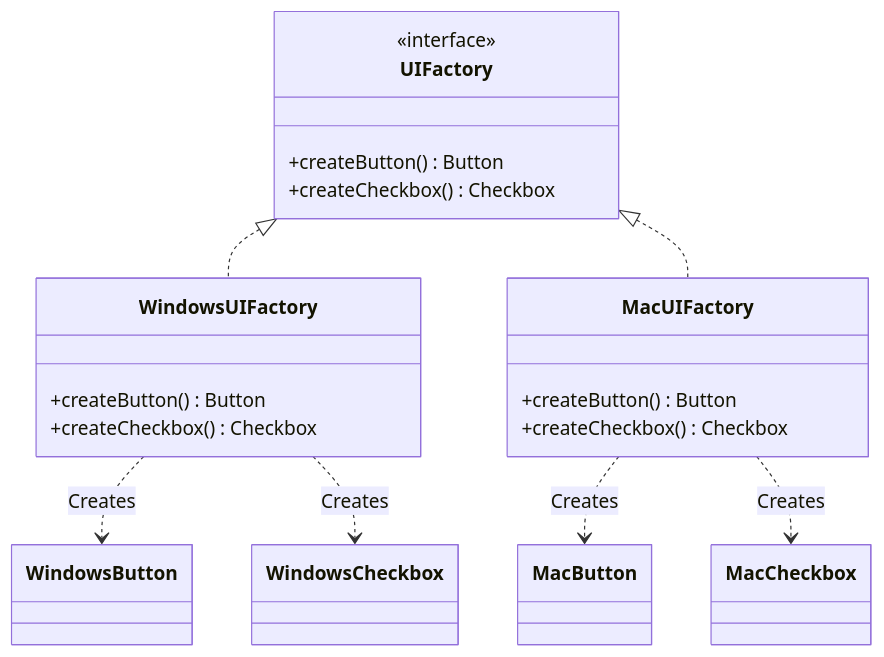
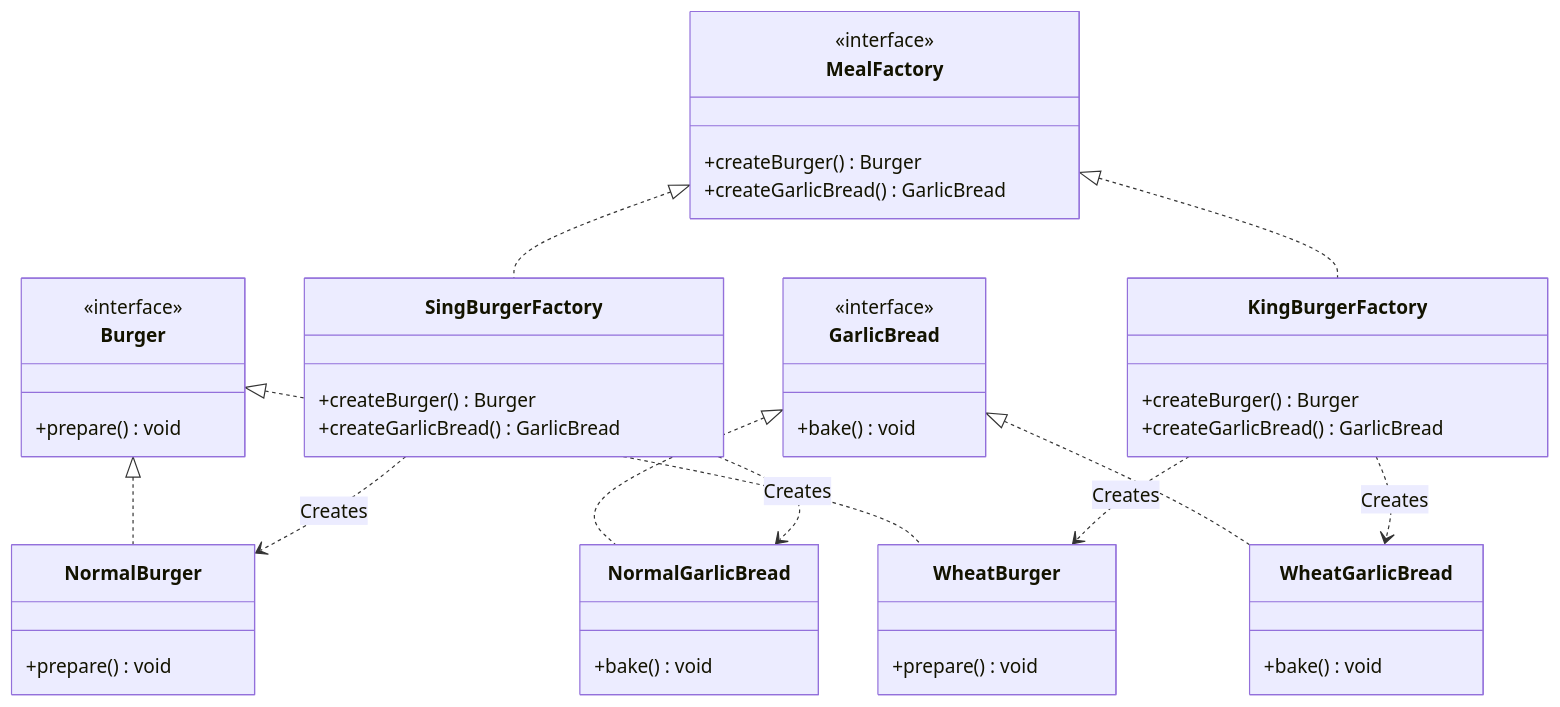
One commit to rohithgowda18/Notes changed the fourth of 5 diagrams in 04-OOPs-and-Design-Patterns/03-Design-Patterns/09-Factory-Design-Pattern.md. Above: the diagram before and after it, drawn with Mermaid. The commit also changed other lines of this file and 30 other files, not shown here.

````diff
--- a/04-OOPs-and-Design-Patterns/03-Design-Patterns/09-Factory-Design-Pattern.md
+++ b/04-OOPs-and-Design-Patterns/03-Design-Patterns/09-Factory-Design-Pattern.md
@@ -143,24 +192,45 @@
 ```mermaid
 classDiagram
-    class UIFactory {
+    class Burger {
         <<interface>>
-        +createButton() Button
-        +createCheckbox() Checkbox
+        +prepare() void
     }
-    class WindowsUIFactory {
-        +createButton() Button
-        +createCheckbox() Checkbox
-    }
-    class MacUIFactory {
-        +createButton() Button
-        +createCheckbox() Checkbox
+    class GarlicBread {
+        <<interface>>
+        +bake() void
     }
 
-    UIFactory <|.. WindowsUIFactory
-    UIFactory <|.. MacUIFactory
+    class NormalBurger { +prepare() void }
+    class WheatBurger { +prepare() void }
+    class NormalGarlicBread { +bake() void }
+    class WheatGarlicBread { +bake() void }
 
-    WindowsUIFactory ..> WindowsButton : Creates
-    WindowsUIFactory ..> WindowsCheckbox : Creates
-    MacUIFactory ..> MacButton : Creates
-    MacUIFactory ..> MacCheckbox : Creates
+    Burger <|.. NormalBurger
+    Burger <|.. WheatBurger
+    GarlicBread <|.. NormalGarlicBread
+    GarlicBread <|.. WheatGarlicBread
+
+    class MealFactory {
+        <<interface>>
+        +createBurger() Burger
+        +createGarlicBread() GarlicBread
+    }
+
+    class SingBurgerFactory {
+        +createBurger() Burger
+        +createGarlicBread() GarlicBread
+    }
+
+    class KingBurgerFactory {
+        +createBurger() Burger
+        +createGarlicBread() GarlicBread
+    }
+
+    MealFactory <|.. SingBurgerFactory
+    MealFactory <|.. KingBurgerFactory
+
+    SingBurgerFactory ..> NormalBurger : Creates
+    SingBurgerFactory ..> NormalGarlicBread : Creates
+    KingBurgerFactory ..> WheatBurger : Creates
+    KingBurgerFactory ..> WheatGarlicBread : Creates
 ```
````
